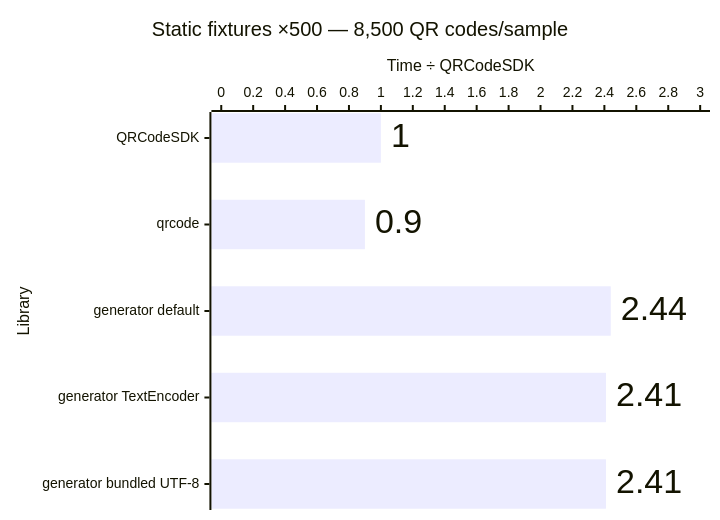
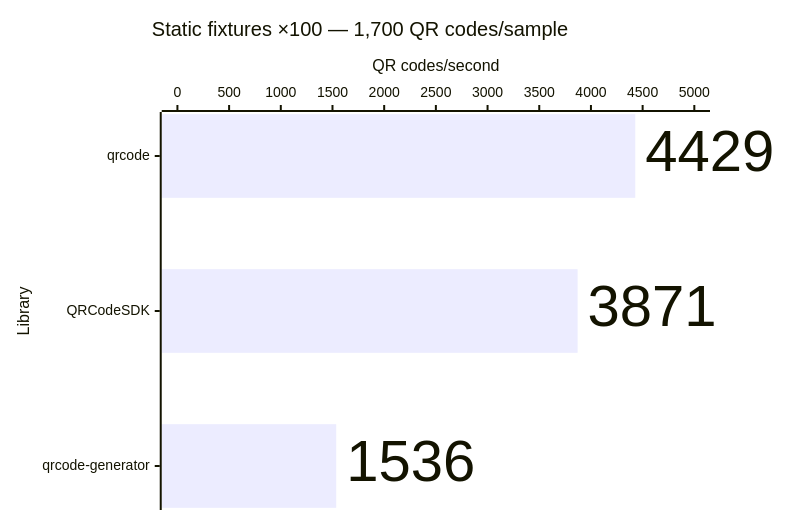
Before and after one commit to Dafnik/qrcodesdk: the tenth of 14 diagrams in apps/docs/src/content/docs/learn/performance.md, drawn with Mermaid. The commit also changed other lines of this file and 21 other files, not shown here.

````diff
--- a/apps/docs/src/content/docs/learn/performance.md
+++ b/apps/docs/src/content/docs/learn/performance.md
@@ -225,15 +214,15 @@
 ```mermaid
 ---
 config:
   xyChart:
     showDataLabel: true
     showDataLabelOutsideBar: true
 ---
 xychart horizontal
-  accTitle: SVG generation: Static fixtures ×500 — 8,500 QR codes/sample
-  accDescr: Relative median time compared with QRCodeSDK. QRCodeSDK 1.00 times, qrcode 0.90 times, generator default 2.44 times, generator TextEncoder 2.41 times, generator bundled UTF-8 2.41 times. Lower is better.
-  title "Static fixtures ×500 — 8,500 QR codes/sample"
-  x-axis "Library" ["QRCodeSDK", "qrcode", "generator default", "generator TextEncoder", "generator bundled UTF-8"]
-  y-axis "Time ÷ QRCodeSDK" 0 --> 3.0
-  bar [1.00, 0.90, 2.44, 2.41, 2.41]
+  accTitle: SVG generation: Static fixtures ×100 — 1,700 QR codes/sample
+  accDescr: Throughput calculated from median time. qrcode 4,429 QR codes per second, QRCodeSDK 3,871 QR codes per second, qrcode-generator 1,536 QR codes per second. Higher is better.
+  title "Static fixtures ×100 — 1,700 QR codes/sample"
+  x-axis "Library" ["qrcode", "QRCodeSDK", "qrcode-generator"]
+  y-axis "QR codes/second" 0 --> 5000
+  bar [4429, 3871, 1536]
 ```
````
